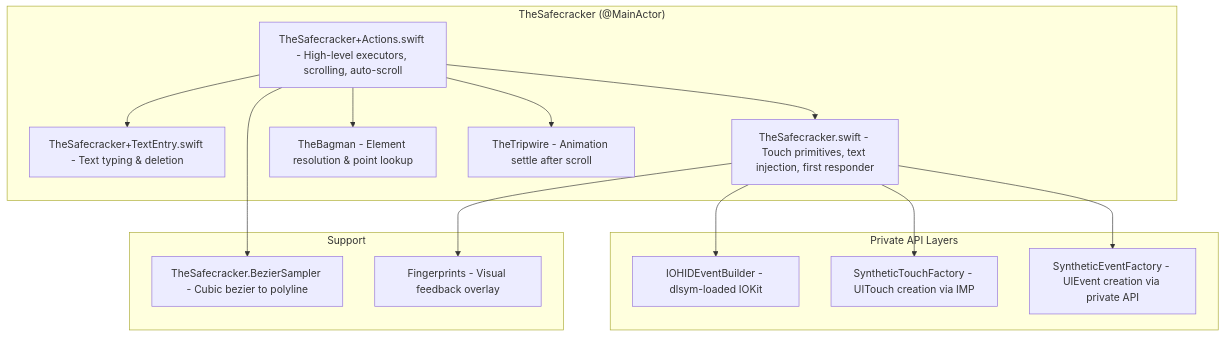
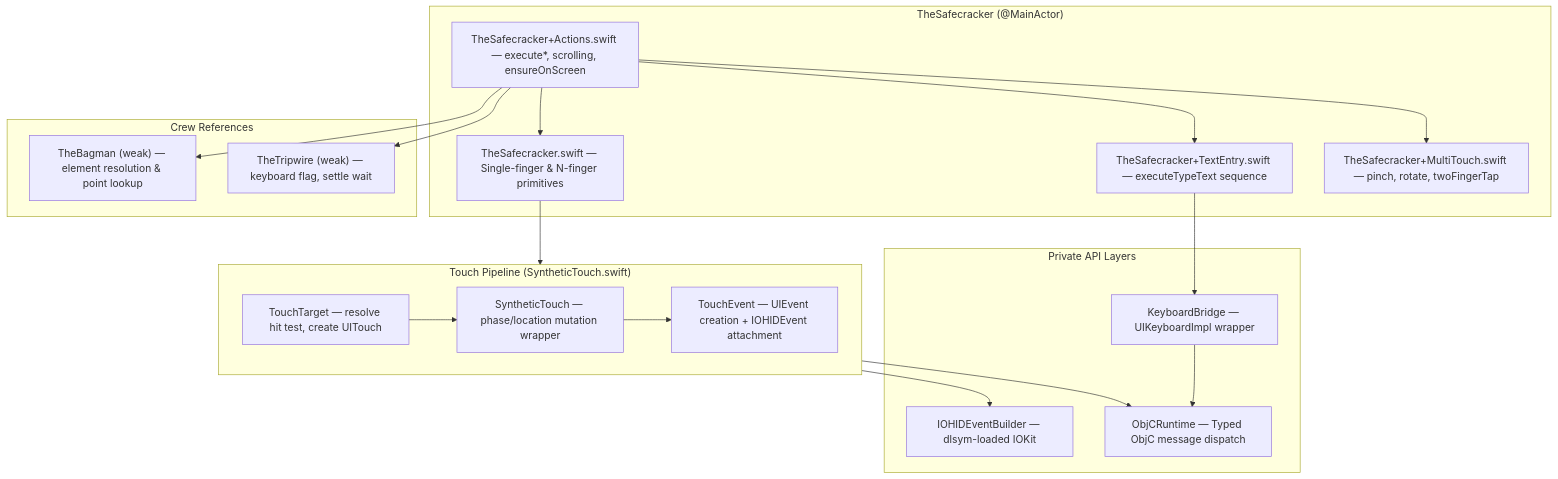
One commit to RoyalPineapple/TheButtonHeist changed the first of 4 diagrams in docs/dossiers/04-THESAFECRACKER.md. Above: the diagram before and after it, drawn with Mermaid. The commit also changed other lines of this file and 11 other files, not shown here.

````diff
--- a/docs/dossiers/04-THESAFECRACKER.md
+++ b/docs/dossiers/04-THESAFECRACKER.md
@@ -26,31 +40,38 @@
 ```mermaid
 graph TD
     subgraph TheSafecracker["TheSafecracker (@MainActor)"]
-        Actions["TheSafecracker+Actions.swift - High-level executors, scrolling, auto-scroll"]
-        TextEntry["TheSafecracker+TextEntry.swift - Text typing & deletion"]
-        Core["TheSafecracker.swift - Touch primitives, text injection, first responder"]
-        Bagman["TheBagman - Element resolution & point lookup"]
-        Tripwire["TheTripwire - Animation settle after scroll"]
+        Actions["TheSafecracker+Actions.swift — execute*, scrolling, ensureOnScreen"]
+        TextEntry["TheSafecracker+TextEntry.swift — executeTypeText sequence"]
+        Core["TheSafecracker.swift — Single-finger & N-finger primitives"]
+        Multi["TheSafecracker+MultiTouch.swift — pinch, rotate, twoFingerTap"]
+    end
+
+    subgraph TouchPipeline["Touch Pipeline (SyntheticTouch.swift)"]
+        TT["TouchTarget — resolve hit test, create UITouch"]
+        ST["SyntheticTouch — phase/location mutation wrapper"]
+        TE["TouchEvent — UIEvent creation + IOHIDEvent attachment"]
+        TT --> ST --> TE
     end
 
     subgraph PrivateAPIs["Private API Layers"]
-        IOHID["IOHIDEventBuilder - dlsym-loaded IOKit"]
-        TouchFactory["SyntheticTouchFactory - UITouch creation via IMP"]
-        EventFactory["SyntheticEventFactory - UIEvent creation via private API"]
+        IOHID["IOHIDEventBuilder — dlsym-loaded IOKit"]
+        KB["KeyboardBridge — UIKeyboardImpl wrapper"]
+        ObjC["ObjCRuntime — Typed ObjC message dispatch"]
     end
 
-    subgraph Support["Support"]
-        Bezier["TheSafecracker.BezierSampler - Cubic bezier to polyline"]
-        FP["Fingerprints - Visual feedback overlay"]
+    subgraph Crew["Crew References"]
+        Bagman["TheBagman (weak) — element resolution & point lookup"]
+        Tripwire["TheTripwire (weak) — keyboard flag, settle wait"]
     end
 
     Actions --> Core
+    Actions --> Multi
+    Actions --> TextEntry
+    Core --> TouchPipeline
+    TouchPipeline --> IOHID
+    TouchPipeline --> ObjC
+    TextEntry --> KB
+    KB --> ObjC
     Actions --> Bagman
     Actions --> Tripwire
-    Actions --> TextEntry
-    Core --> IOHID
-    Core --> TouchFactory
-    Core --> EventFactory
-    Actions --> Bezier
-    Core --> FP
 ```
````
